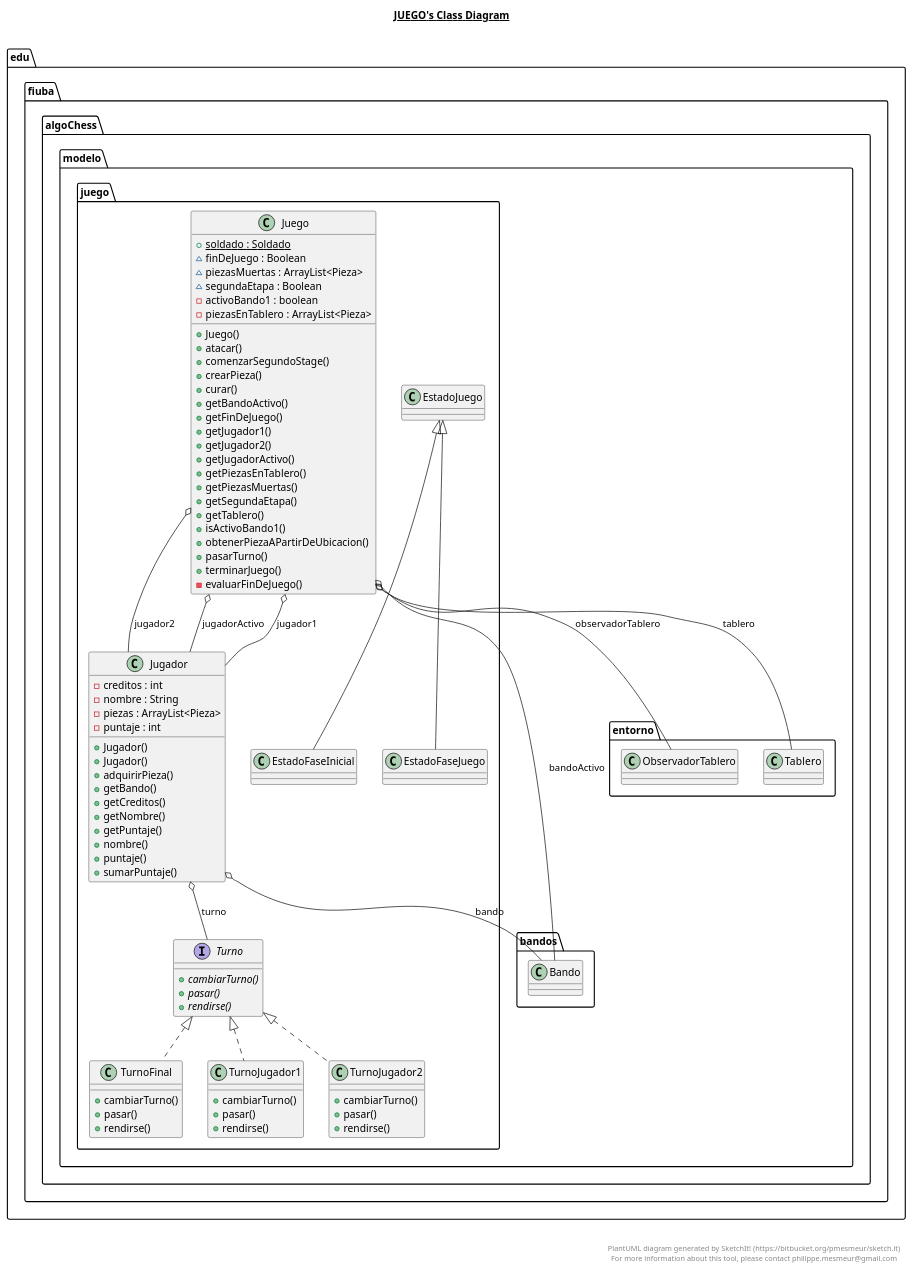
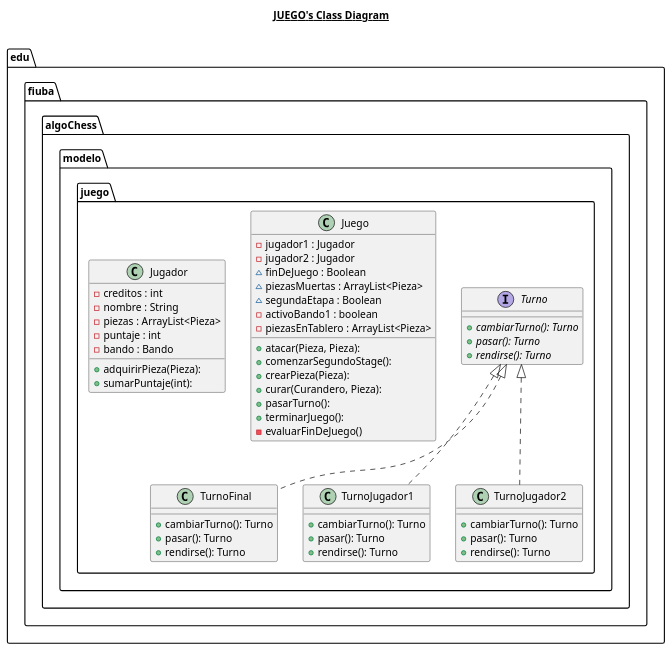
Before and after one commit to 0xSkla3/algo3_TP2: the diagram in AlgoChess/src/main/java/edu/fiuba/algoChess/modelo/juego/juego.plantuml, drawn with PlantUML. The commit also changed 5 other files, not shown here.

Commit message:
se eliminan metodos y atributos de mas, se hace el diagrama de package juego

```diff
--- a/AlgoChess/src/main/java/edu/fiuba/algoChess/modelo/juego/juego.plantuml
+++ b/AlgoChess/src/main/java/edu/fiuba/algoChess/modelo/juego/juego.plantuml
@@ -1,96 +1,60 @@
 @startuml
 
 title __JUEGO's Class Diagram__\n
 
       class edu.fiuba.algoChess.modelo.juego.Juego {
-          {static} + soldado : Soldado
+          - jugador1 : Jugador
+          - jugador2 : Jugador
           ~ finDeJuego : Boolean
           ~ piezasMuertas : ArrayList<Pieza>
           ~ segundaEtapa : Boolean
           - activoBando1 : boolean
           - piezasEnTablero : ArrayList<Pieza>
-          + Juego()
-          + atacar()
-          + comenzarSegundoStage()
-          + crearPieza()
-          + curar()
-          + getBandoActivo()
-          + getFinDeJuego()
-          + getJugador1()
-          + getJugador2()
-          + getJugadorActivo()
-          + getPiezasEnTablero()
-          + getPiezasMuertas()
-          + getSegundaEtapa()
-          + getTablero()
-          + isActivoBando1()
-          + obtenerPiezaAPartirDeUbicacion()
-          + pasarTurno()
-          + terminarJuego()
+          + atacar(Pieza, Pieza):
+          + comenzarSegundoStage():
+          + crearPieza(Pieza):
+          + curar(Curandero, Pieza):
+          + pasarTurno():
+          + terminarJuego():
           - evaluarFinDeJuego()
       }
 
       class edu.fiuba.algoChess.modelo.juego.Jugador {
           - creditos : int
           - nombre : String
           - piezas : ArrayList<Pieza>
           - puntaje : int
-          + Jugador()
-          + Jugador()
-          + adquirirPieza()
-          + getBando()
-          + getCreditos()
-          + getNombre()
-          + getPuntaje()
-          + nombre()
-          + puntaje()
-          + sumarPuntaje()
+          - bando : Bando
+          + adquirirPieza(Pieza):
+          + sumarPuntaje(int):
       }
 
       interface edu.fiuba.algoChess.modelo.juego.Turno {
-          {abstract} + cambiarTurno()
-          {abstract} + pasar()
-          {abstract} + rendirse()
+          {abstract} + cambiarTurno(): Turno
+          {abstract} + pasar(): Turno
+          {abstract} + rendirse(): Turno
       }
 
       class edu.fiuba.algoChess.modelo.juego.TurnoFinal {
-          + cambiarTurno()
-          + pasar()
-          + rendirse()
+          + cambiarTurno(): Turno
+          + pasar(): Turno
+          + rendirse(): Turno
       }
 
       class edu.fiuba.algoChess.modelo.juego.TurnoJugador1 {
-          + cambiarTurno()
-          + pasar()
-          + rendirse()
+          + cambiarTurno(): Turno
+          + pasar(): Turno
+          + rendirse(): Turno
       }
 
       class edu.fiuba.algoChess.modelo.juego.TurnoJugador2 {
-          + cambiarTurno()
-          + pasar()
-          + rendirse()
+           + cambiarTurno(): Turno
+           + pasar(): Turno
+           + rendirse(): Turno
       }
 
-  edu.fiuba.algoChess.modelo.juego.EstadoFaseInicial -up-|> edu.fiuba.algoChess.modelo.juego.EstadoJuego
-  edu.fiuba.algoChess.modelo.juego.EstadoFaseJuego -up-|> edu.fiuba.algoChess.modelo.juego.EstadoJuego
-  edu.fiuba.algoChess.modelo.juego.Juego o-- edu.fiuba.algoChess.modelo.bandos.Bando : bandoActivo
-  edu.fiuba.algoChess.modelo.juego.Juego o-- edu.fiuba.algoChess.modelo.juego.Jugador : jugador1
-  edu.fiuba.algoChess.modelo.juego.Juego o-- edu.fiuba.algoChess.modelo.juego.Jugador : jugador2
-  edu.fiuba.algoChess.modelo.juego.Juego o-- edu.fiuba.algoChess.modelo.juego.Jugador : jugadorActivo
-  edu.fiuba.algoChess.modelo.juego.Juego o-- edu.fiuba.algoChess.modelo.entorno.ObservadorTablero : observadorTablero
-  edu.fiuba.algoChess.modelo.juego.Juego o-- edu.fiuba.algoChess.modelo.entorno.Tablero : tablero
-  edu.fiuba.algoChess.modelo.juego.Jugador o-- edu.fiuba.algoChess.modelo.bandos.Bando : bando
-  edu.fiuba.algoChess.modelo.juego.Jugador o-- edu.fiuba.algoChess.modelo.juego.Turno : turno
   edu.fiuba.algoChess.modelo.juego.TurnoFinal .up.|> edu.fiuba.algoChess.modelo.juego.Turno
   edu.fiuba.algoChess.modelo.juego.TurnoJugador1 .up.|> edu.fiuba.algoChess.modelo.juego.Turno
   edu.fiuba.algoChess.modelo.juego.TurnoJugador2 .up.|> edu.fiuba.algoChess.modelo.juego.Turno
 
-
-right footer
-
-
-PlantUML diagram generated by SketchIt! (https://bitbucket.org/pmesmeur/sketch.it)
-For more information about this tool, please contact philippe.mesmeur@gmail.com
-endfooter
-
 @enduml
```
